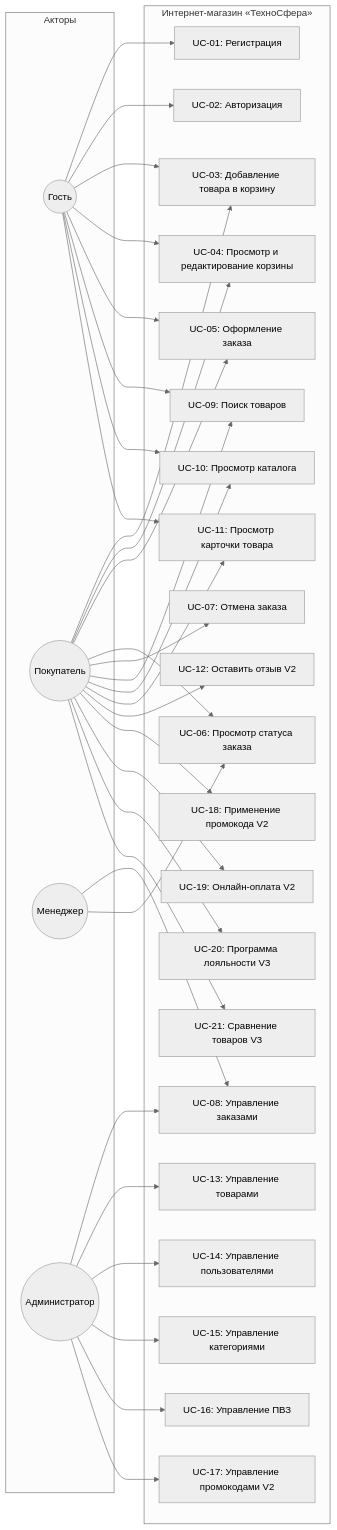
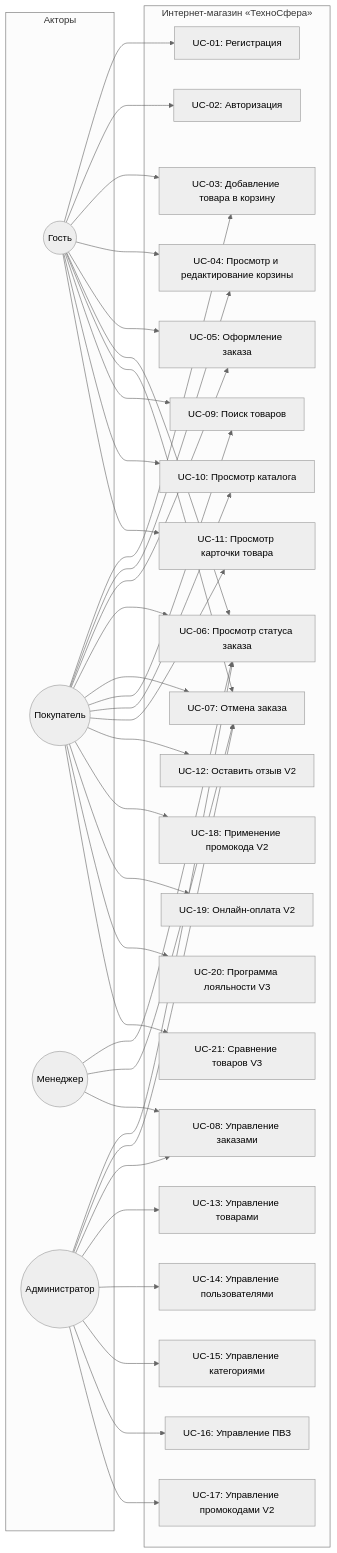
One commit to Soundflog/InternetShop-Web-docs changed the first of 4 diagrams in to/v1/02_диаграммы_использования.md. Above: the diagram before and after it, drawn with Mermaid (neutral theme). The commit also changed other lines of this file, not shown here.

First line of the commit message:
Add guest/admin order access; clarify payments

````diff
--- a/to/v1/02_диаграммы_использования.md
+++ b/to/v1/02_диаграммы_использования.md
@@ -9,66 +9,71 @@
 ```mermaid
 graph LR
     subgraph Акторы
         Guest((Гость))
         Customer((Покупатель))
         Manager((Менеджер))
         Admin((Администратор))
     end
 
     subgraph "Интернет-магазин «ТехноСфера»"
         UC01[UC-01: Регистрация]
         UC02[UC-02: Авторизация]
         UC03[UC-03: Добавление товара в корзину]
         UC04[UC-04: Просмотр и редактирование корзины]
         UC05[UC-05: Оформление заказа]
         UC06[UC-06: Просмотр статуса заказа]
         UC07[UC-07: Отмена заказа]
         UC08[UC-08: Управление заказами]
         UC09[UC-09: Поиск товаров]
         UC10[UC-10: Просмотр каталога]
         UC11[UC-11: Просмотр карточки товара]
         UC12[UC-12: Оставить отзыв V2]
         UC13[UC-13: Управление товарами]
         UC14[UC-14: Управление пользователями]
         UC15[UC-15: Управление категориями]
         UC16[UC-16: Управление ПВЗ]
         UC17[UC-17: Управление промокодами V2]
         UC18[UC-18: Применение промокода V2]
         UC19[UC-19: Онлайн-оплата V2]
         UC20[UC-20: Программа лояльности V3]
         UC21[UC-21: Сравнение товаров V3]
     end
 
     Guest --> UC01
     Guest --> UC02
     Guest --> UC03
     Guest --> UC04
     Guest --> UC05
+    Guest --> UC06
+    Guest --> UC07
     Guest --> UC09
     Guest --> UC10
     Guest --> UC11
 
     Customer --> UC03
     Customer --> UC04
     Customer --> UC05
     Customer --> UC06
     Customer --> UC07
     Customer --> UC09
     Customer --> UC10
     Customer --> UC11
     Customer --> UC12
     Customer --> UC18
     Customer --> UC19
     Customer --> UC20
     Customer --> UC21
 
+    Manager --> UC06
+    Manager --> UC07
     Manager --> UC08
-    Manager --> UC06
 
+    Admin --> UC06
+    Admin --> UC07
     Admin --> UC08
     Admin --> UC13
     Admin --> UC14
     Admin --> UC15
     Admin --> UC16
     Admin --> UC17
 ```
````
